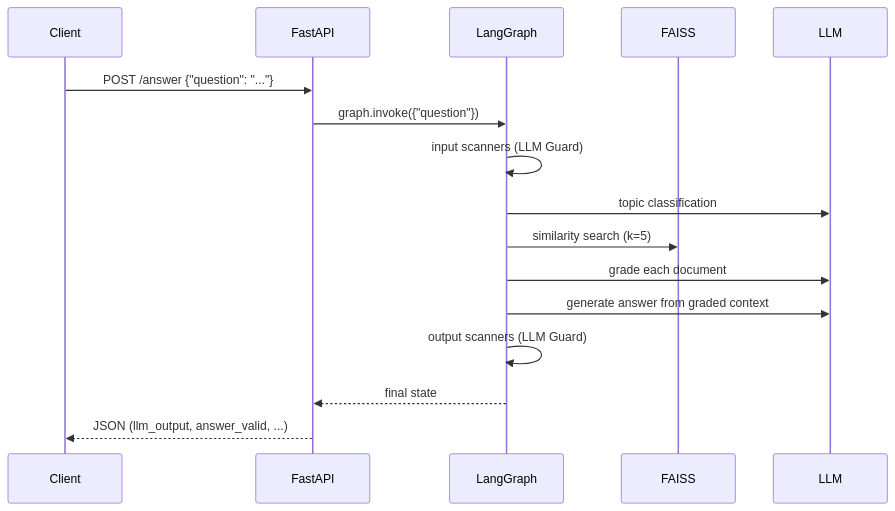
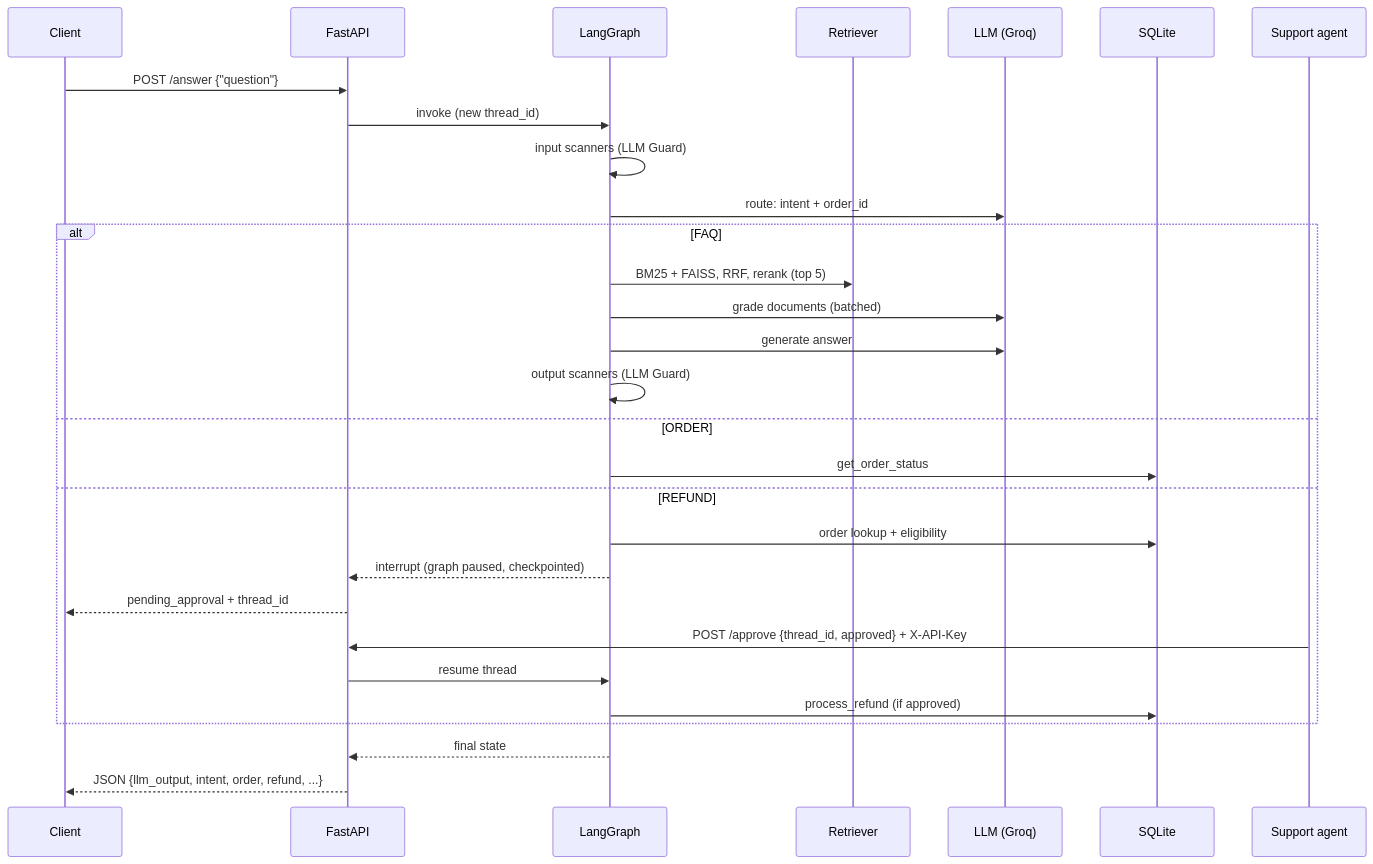
One commit to Shaheen2504/rag-support-system changed the third of 4 diagrams in README.md. Above: the diagram before and after it, drawn with Mermaid. The commit also changed other lines of this file and 27 other files, not shown here.

````diff
--- a/README.md
+++ b/README.md
@@ -54,18 +84,31 @@
 ```mermaid
 sequenceDiagram
     participant C as Client
     participant A as FastAPI
     participant W as LangGraph
-    participant V as FAISS
-    participant M as LLM
-    C->>A: POST /answer {"question": "..."}
-    A->>W: graph.invoke({"question"})
+    participant R as Retriever
+    participant M as LLM (Groq)
+    participant D as SQLite
+    participant H as Support agent
+    C->>A: POST /answer {"question"}
+    A->>W: invoke (new thread_id)
     W->>W: input scanners (LLM Guard)
-    W->>M: topic classification
-    W->>V: similarity search (k=5)
-    W->>M: grade each document
-    W->>M: generate answer from graded context
-    W->>W: output scanners (LLM Guard)
+    W->>M: route: intent + order_id
+    alt FAQ
+        W->>R: BM25 + FAISS, RRF, rerank (top 5)
+        W->>M: grade documents (batched)
+        W->>M: generate answer
+        W->>W: output scanners (LLM Guard)
+    else ORDER
+        W->>D: get_order_status
+    else REFUND
+        W->>D: order lookup + eligibility
+        W-->>A: interrupt (graph paused, checkpointed)
+        A-->>C: pending_approval + thread_id
+        H->>A: POST /approve {thread_id, approved} + X-API-Key
+        A->>W: resume thread
+        W->>D: process_refund (if approved)
+    end
     W-->>A: final state
-    A-->>C: JSON (llm_output, answer_valid, ...)
+    A-->>C: JSON {llm_output, intent, order, refund, ...}
 ```
````
